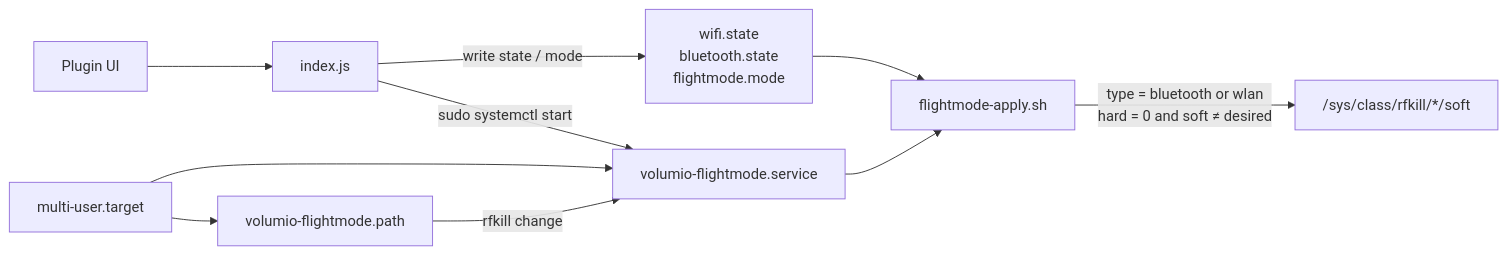
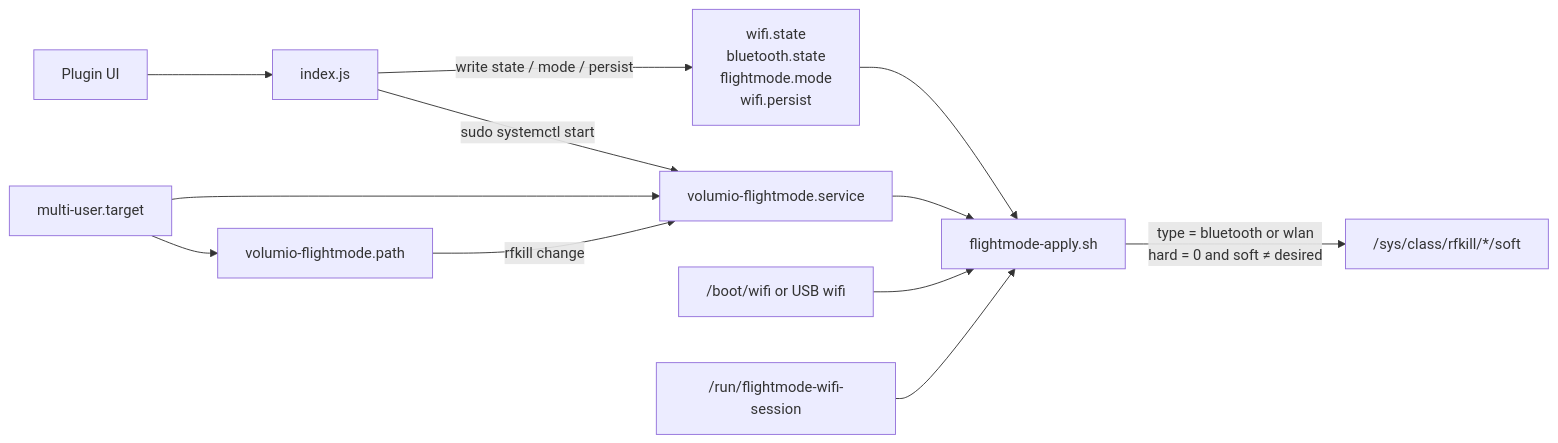
Before and after one commit to Hodor90/volumio-plugins-sources-bookworm: the first of 4 diagrams in flightmode/README.md, drawn with Mermaid. The commit also changed other lines of this file and 21 other files, not shown here.

````diff
--- a/flightmode/README.md
+++ b/flightmode/README.md
@@ -17,12 +17,14 @@
 ```mermaid
 flowchart LR
   UI["Plugin UI"] --> IDX["index.js"]
-  IDX -->|"write state / mode"| ST["wifi.state<br/>bluetooth.state<br/>flightmode.mode"]
+  IDX -->|"write state / mode / persist"| ST["wifi.state<br/>bluetooth.state<br/>flightmode.mode<br/>wifi.persist"]
   IDX -->|"sudo systemctl start"| SVC["volumio-flightmode.service"]
   PATH["volumio-flightmode.path"] -->|"rfkill change"| SVC
   BOOT["multi-user.target"] --> SVC
   BOOT --> PATH
   SVC --> SH["flightmode-apply.sh"]
   ST --> SH
+  SENT["/boot/wifi or USB wifi"] --> SH
+  RUN["/run/flightmode-wifi-session"] --> SH
   SH -->|"type = bluetooth or wlan<br/>hard = 0 and soft ≠ desired"| SYS["/sys/class/rfkill/*/soft"]
 ```
````
